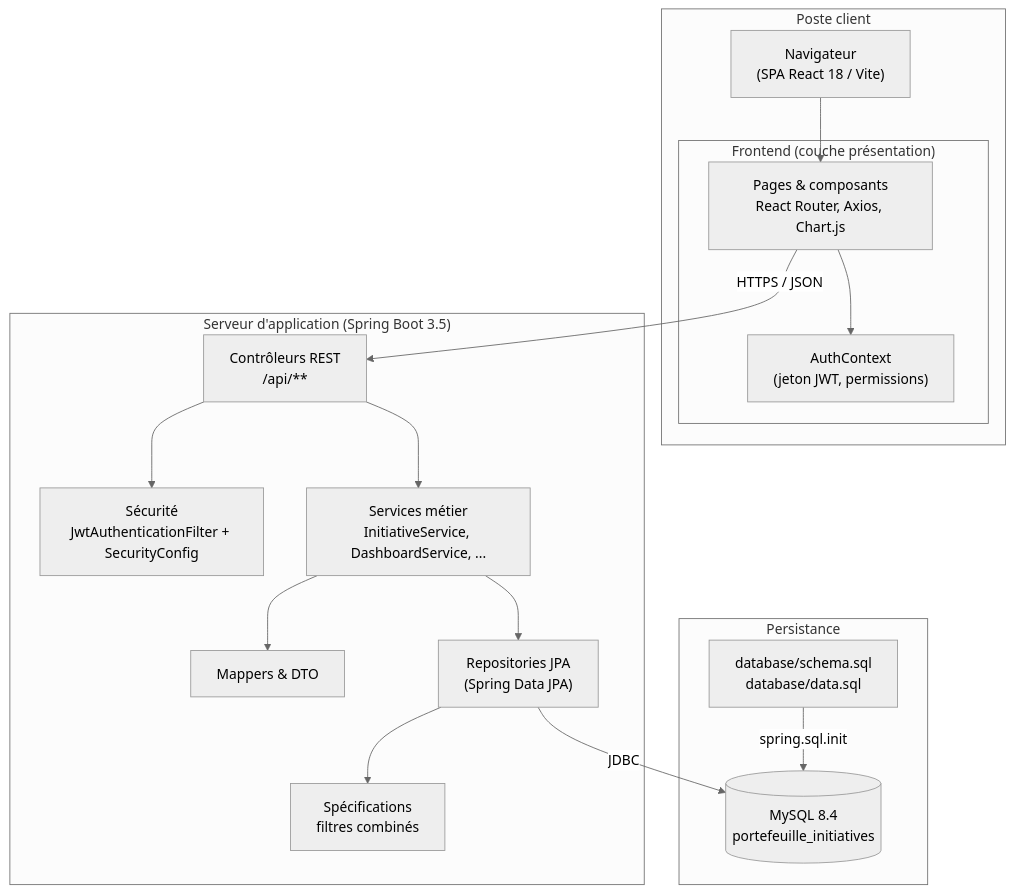
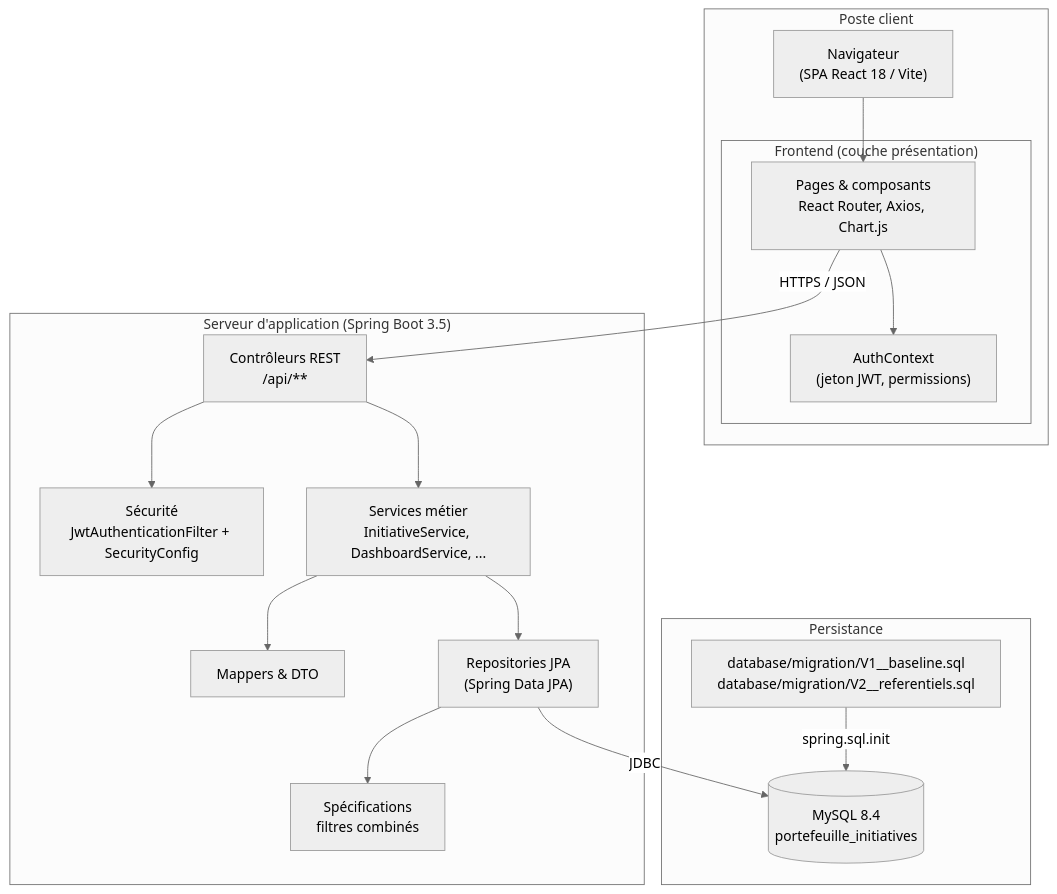
One commit to malakjaouane/pfa2 changed the eighth of 10 diagrams in docs/UML/diagrammes-mermaid.md. Above: the diagram before and after it, drawn with Mermaid (neutral theme). The commit also changed other lines of this file and 16 other files, not shown here.

First line of the commit message:
feat(migration): remplace sql.init par Flyway

````diff
--- a/docs/UML/diagrammes-mermaid.md
+++ b/docs/UML/diagrammes-mermaid.md
@@ -347,35 +347,35 @@
 ```mermaid
 flowchart TB
     subgraph CLIENT["Poste client"]
         NAV["Navigateur<br/>(SPA React 18 / Vite)"]
         subgraph FRONT["Frontend (couche présentation)"]
             PAGES["Pages & composants<br/>React Router, Axios, Chart.js"]
             CTX["AuthContext<br/>(jeton JWT, permissions)"]
         end
     end
 
     subgraph SERVEUR["Serveur d'application (Spring Boot 3.5)"]
         SEC["Sécurité<br/>JwtAuthenticationFilter + SecurityConfig"]
         CTRL["Contrôleurs REST<br/>/api/**"]
         SVC["Services métier<br/>InitiativeService, DashboardService, ..."]
         MAP["Mappers & DTO"]
         REPO["Repositories JPA<br/>(Spring Data JPA)"]
         SPEC["Spécifications<br/>filtres combinés"]
     end
 
     subgraph DONNEES["Persistance"]
         MYSQL[("MySQL 8.4<br/>portefeuille_initiatives")]
-        SCRIPTS["database/schema.sql<br/>database/data.sql"]
+        SCRIPTS["database/migration/V1__baseline.sql<br/>database/migration/V2__referentiels.sql"]
     end
 
     NAV --> PAGES
     PAGES --> CTX
     PAGES -->|"HTTPS / JSON"| CTRL
     CTRL --> SEC
     CTRL --> SVC
     SVC --> MAP
     SVC --> REPO
     REPO --> SPEC
     REPO -->|"JDBC"| MYSQL
     SCRIPTS -->|"spring.sql.init"| MYSQL
 ```
````
